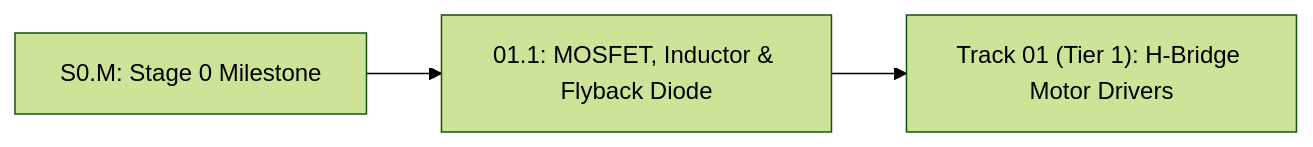
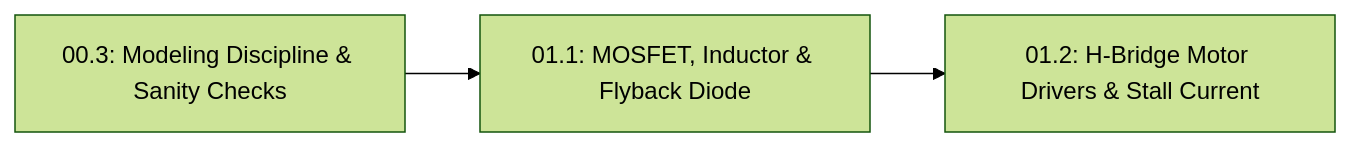
Before and after one commit to TLE47/Mechatronics-Roadmap: the diagram in 01-electronics-and-power/01.1-mosfet-inductor-flyback.md, drawn with Mermaid (forest theme). The commit also changed other lines of this file and 58 other files, not shown here.

````diff
--- a/01-electronics-and-power/01.1-mosfet-inductor-flyback.md
+++ b/01-electronics-and-power/01.1-mosfet-inductor-flyback.md
@@ -30,5 +31,5 @@
 ```mermaid
 flowchart LR
-    S0M["S0.M: Stage 0 Milestone"] --> L011["01.1: MOSFET, Inductor & Flyback Diode"]
-    L011 --> T101["Track 01 (Tier 1): H-Bridge Motor Drivers"]
+    L003["00.3: Modeling Discipline & Sanity Checks"] --> L011["01.1: MOSFET, Inductor & Flyback Diode"]
+    L011 --> L012["01.2: H-Bridge Motor Drivers & Stall Current"]
 ```
````
